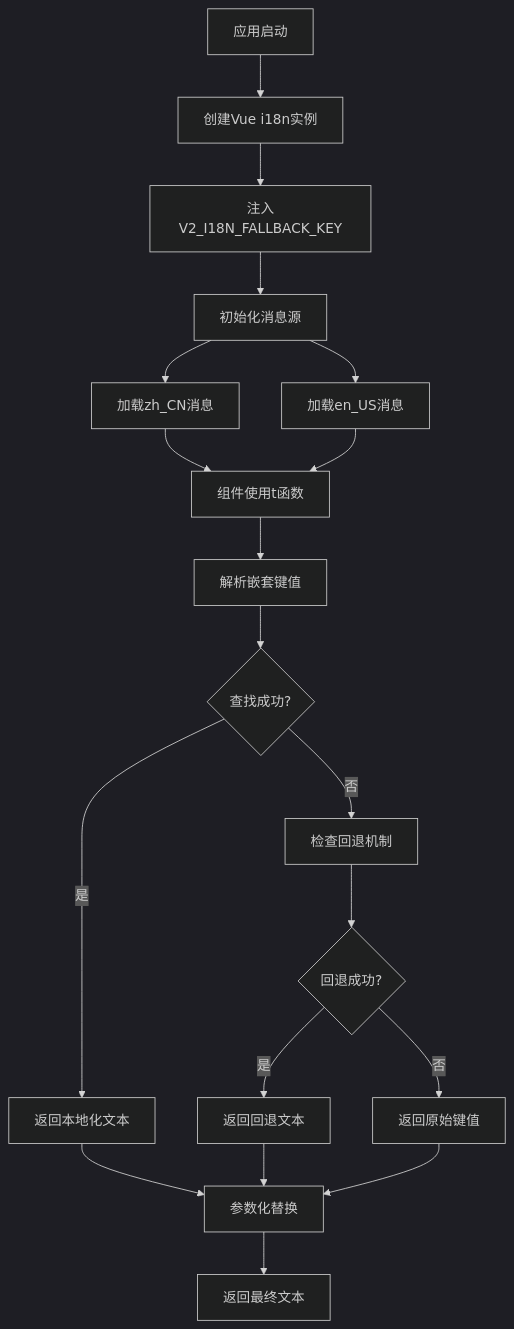
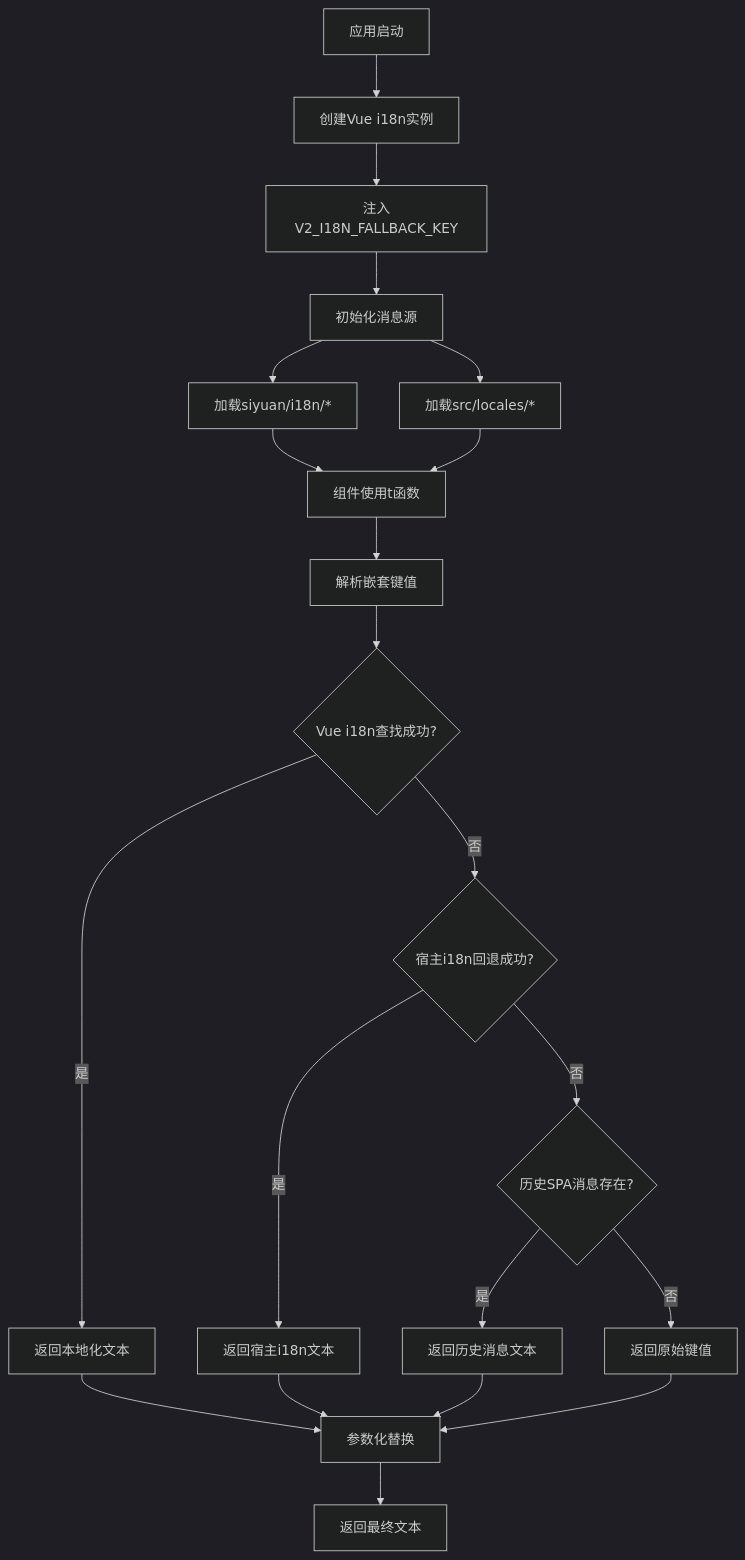
The third of 9 diagrams in .qoder/repowiki/zh/content/核心架构/组件架构设计/Composition API设计模式/V2 国际化组合式函数.md (terwer/siyuan-plugin-publisher), drawn with Mermaid (dark theme) before and after one commit. The commit also changed other lines of this file and 6 other files, not shown here.

First line of the commit message:
docs(architecture): clarify and split workspace shell component responsibilities

````diff
--- a/.qoder/repowiki/zh/content/核心架构/组件架构设计/Composition API设计模式/V2 国际化组合式函数.md
+++ b/.qoder/repowiki/zh/content/核心架构/组件架构设计/Composition API设计模式/V2 国际化组合式函数.md
@@ -143,21 +156,23 @@
 ```mermaid
 flowchart TD
 A[应用启动] --> B[创建Vue i18n实例]
 B --> C[注入V2_I18N_FALLBACK_KEY]
 C --> D[初始化消息源]
-D --> E[加载zh_CN消息]
-D --> F[加载en_US消息]
+D --> E[加载siyuan/i18n/*]
+D --> F[加载src/locales/*]
 E --> G[组件使用t函数]
 F --> G
 G --> H[解析嵌套键值]
-H --> I{查找成功?}
+H --> I{Vue i18n查找成功?}
 I --> |是| J[返回本地化文本]
-I --> |否| K[检查回退机制]
-K --> L{回退成功?}
-L --> |是| M[返回回退文本]
-L --> |否| N[返回原始键值]
-J --> O[参数化替换]
-M --> O
-N --> O
-O --> P[返回最终文本]
+I --> |否| K{宿主i18n回退成功?}
+K --> |是| L[返回宿主i18n文本]
+K --> |否| M{历史SPA消息存在?}
+M --> |是| N[返回历史消息文本]
+M --> |否| O[返回原始键值]
+J --> P[参数化替换]
+L --> P
+N --> P
+O --> P
+P --> Q[返回最终文本]
 ```
````
